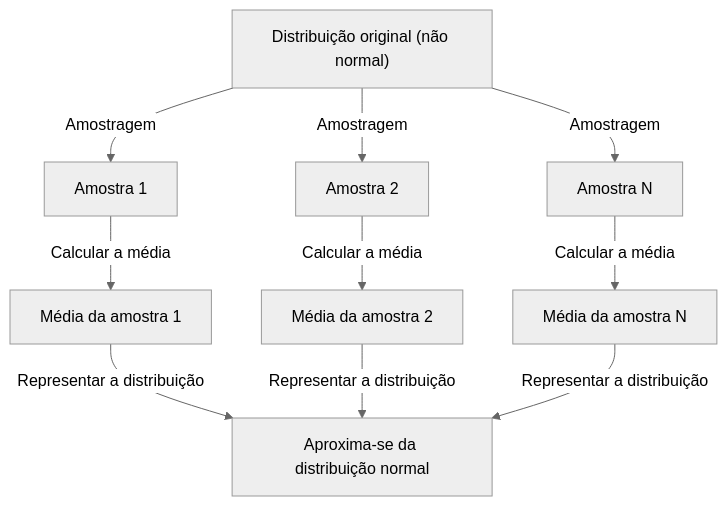
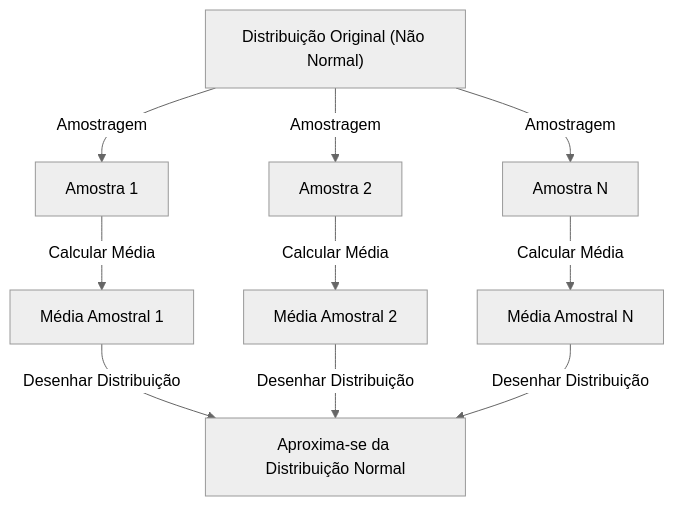
One commit to kenjinote/blog changed the diagram in content/post/central-limit-theorem/index.pt.md. Above: the diagram before and after it, drawn with Mermaid (neutral theme). The commit also changed other lines of this file and 97 other files, not shown here.

````diff
--- a/content/post/central-limit-theorem/index.pt.md
+++ b/content/post/central-limit-theorem/index.pt.md
@@ -47,12 +43,12 @@
 ```mermaid
 graph TD
-    A["Distribuição original (não normal)"] -->|"Amostragem"| B["Amostra 1"]
+    A["Distribuição Original (Não Normal)"] -->|"Amostragem"| B["Amostra 1"]
     A -->|"Amostragem"| C["Amostra 2"]
     A -->|"Amostragem"| D["Amostra N"]
-    B -->|"Calcular a média"| E["Média da amostra 1"]
-    C -->|"Calcular a média"| F["Média da amostra 2"]
-    D -->|"Calcular a média"| G["Média da amostra N"]
-    E -->|"Representar a distribuição"| H["Aproxima-se da distribuição normal"]
-    F -->|"Representar a distribuição"| H
-    G -->|"Representar a distribuição"| H
+    B -->|"Calcular Média"| E["Média Amostral 1"]
+    C -->|"Calcular Média"| F["Média Amostral 2"]
+    D -->|"Calcular Média"| G["Média Amostral N"]
+    E -->|"Desenhar Distribuição"| H["Aproxima-se da Distribuição Normal"]
+    F -->|"Desenhar Distribuição"| H
+    G -->|"Desenhar Distribuição"| H
 ```
````
